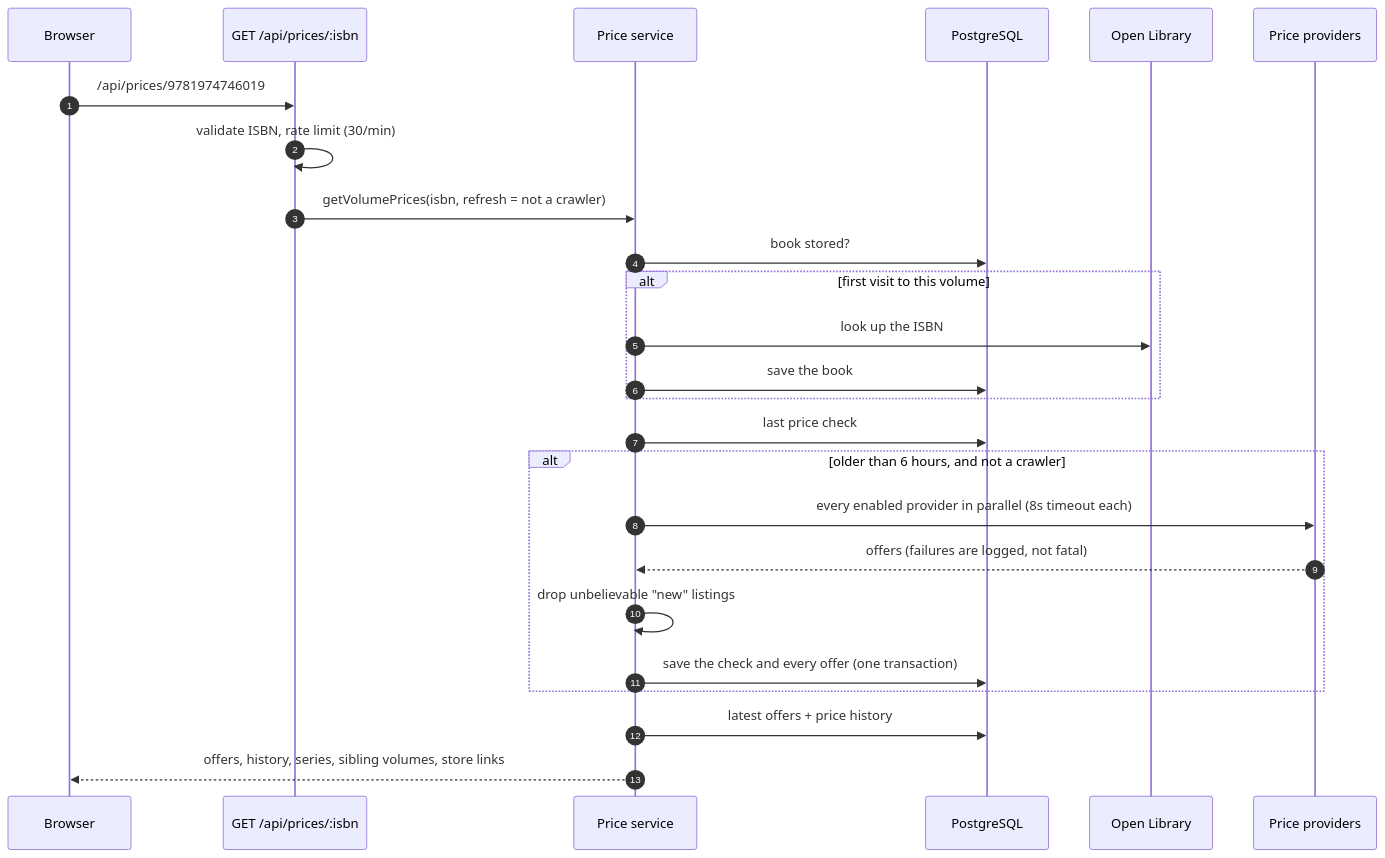
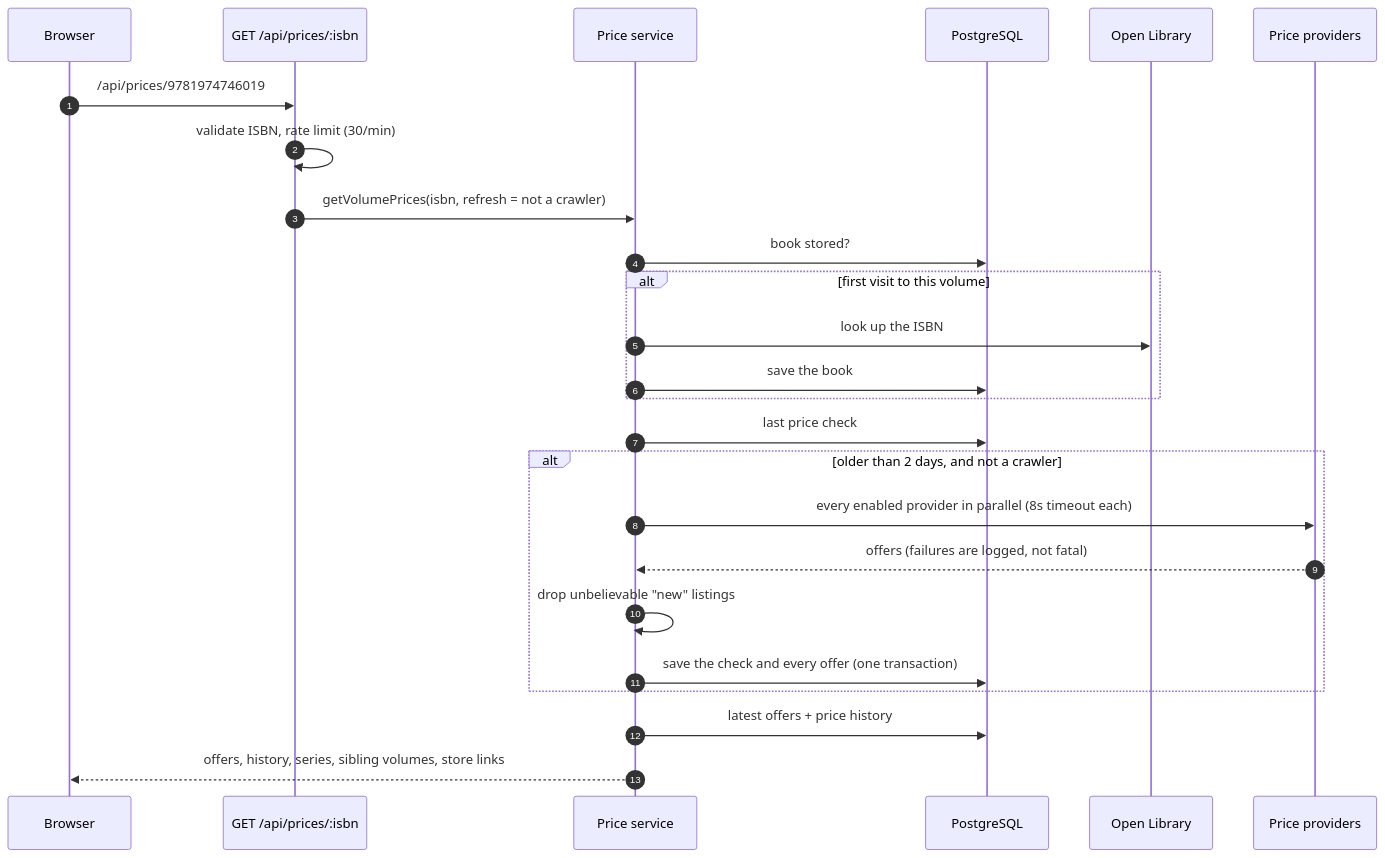
One commit to Shriyashzzz/mangaTracker changed the third of 6 diagrams in README.md. Above: the diagram before and after it, drawn with Mermaid. The commit also changed other lines of this file and 1 other file, not shown here.

Commit message:
chore: prices refresh every 2 days to save searches

````diff
--- a/README.md
+++ b/README.md
@@ -128,28 +128,28 @@
 ```mermaid
 sequenceDiagram
   autonumber
   participant B as Browser
   participant A as GET /api/prices/:isbn
   participant S as Price service
   participant DB as PostgreSQL
   participant OL as Open Library
   participant P as Price providers
 
   B->>A: /api/prices/9781974746019
   A->>A: validate ISBN, rate limit (30/min)
   A->>S: getVolumePrices(isbn, refresh = not a crawler)
   S->>DB: book stored?
   alt first visit to this volume
     S->>OL: look up the ISBN
     S->>DB: save the book
   end
   S->>DB: last price check
-  alt older than 6 hours, and not a crawler
+  alt older than 2 days, and not a crawler
     S->>P: every enabled provider in parallel (8s timeout each)
     P-->>S: offers (failures are logged, not fatal)
     S->>S: drop unbelievable "new" listings
     S->>DB: save the check and every offer (one transaction)
   end
   S->>DB: latest offers + price history
   S-->>B: offers, history, series, sibling volumes, store links
 ```
````
